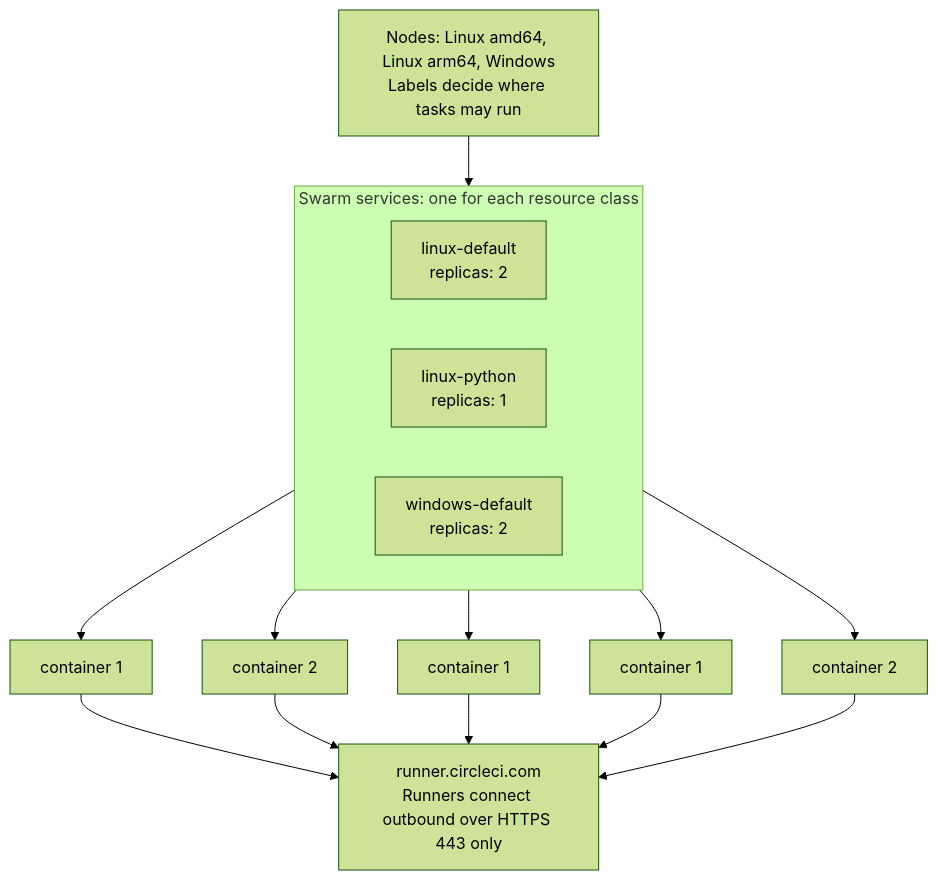
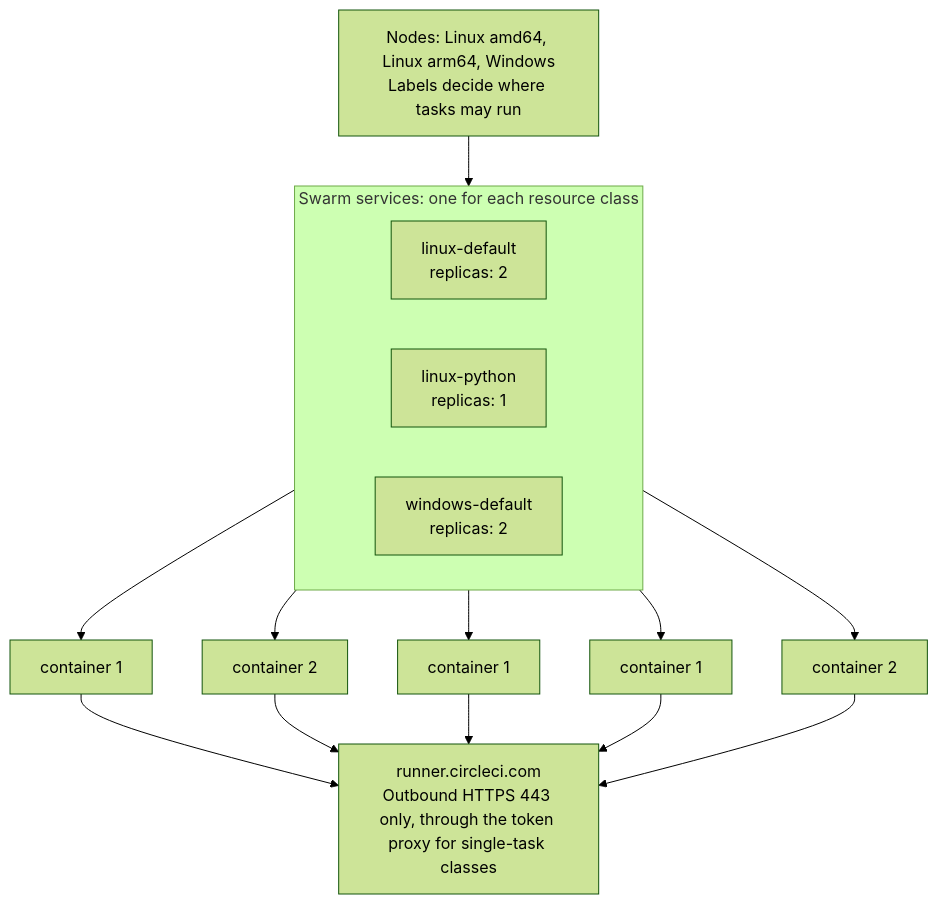
One commit to CircleCI-Labs/scalable-machine-runner changed the first of 3 diagrams in docs/concepts.md. Above: the diagram before and after it, drawn with Mermaid (forest theme). The commit also changed other lines of this file, not shown here.

Commit message:
docs(concepts): name the product, route the runner API through the proxy, and list every add-on file

````diff
--- a/docs/concepts.md
+++ b/docs/concepts.md
@@ -24,24 +24,24 @@
 ```mermaid
 flowchart TB
   nodes["Nodes: Linux amd64, Linux arm64, Windows<br/>Labels decide where tasks may run"]
 
   subgraph services["Swarm services: one for each resource class"]
     direction LR
     s1["linux-default<br/>replicas: 2"]
     s2["linux-python<br/>replicas: 1"]
     s3["windows-default<br/>replicas: 2"]
   end
 
   r1["container 1"]
   r2["container 2"]
   r3["container 1"]
   r4["container 1"]
   r5["container 2"]
-  api["runner.circleci.com<br/>Runners connect outbound over HTTPS 443 only"]
+  api["runner.circleci.com<br/>Outbound HTTPS 443 only, through the token proxy for single-task classes"]
 
   nodes --> services
   s1 --> r1 & r2
   s2 --> r3
   s3 --> r4 & r5
   r1 & r2 & r3 & r4 & r5 --> api
 ```
````
